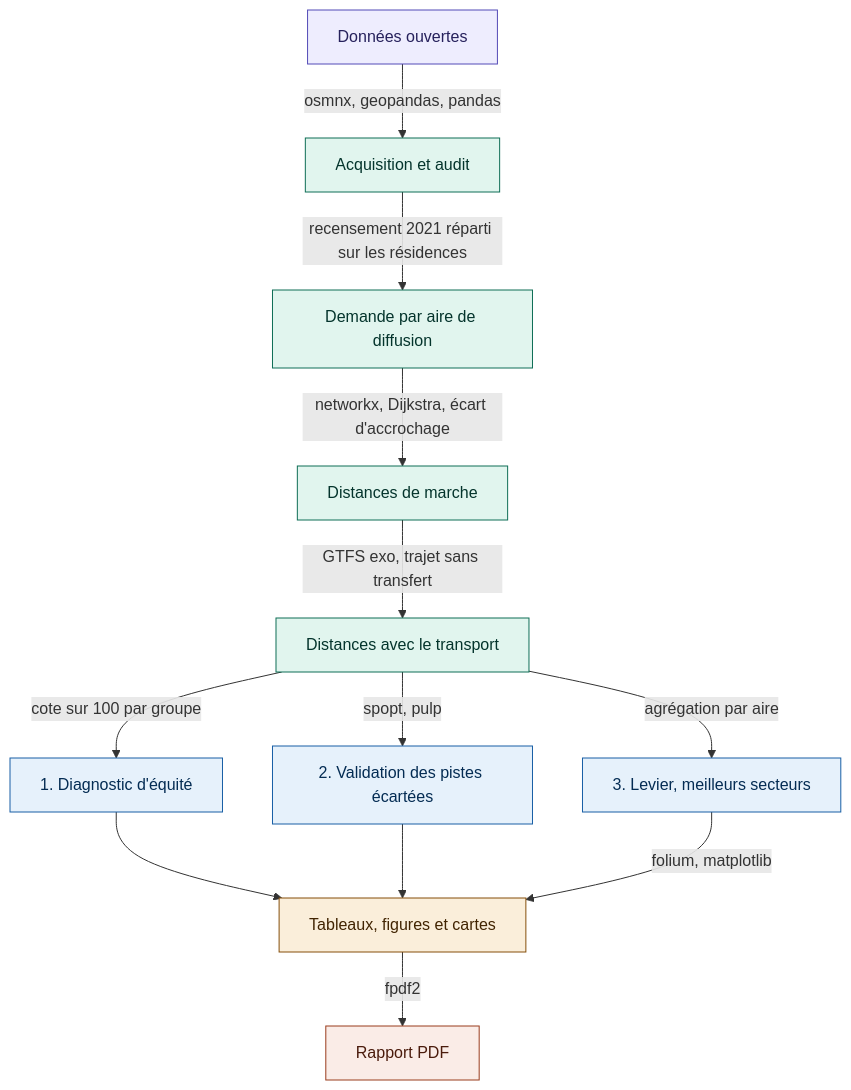
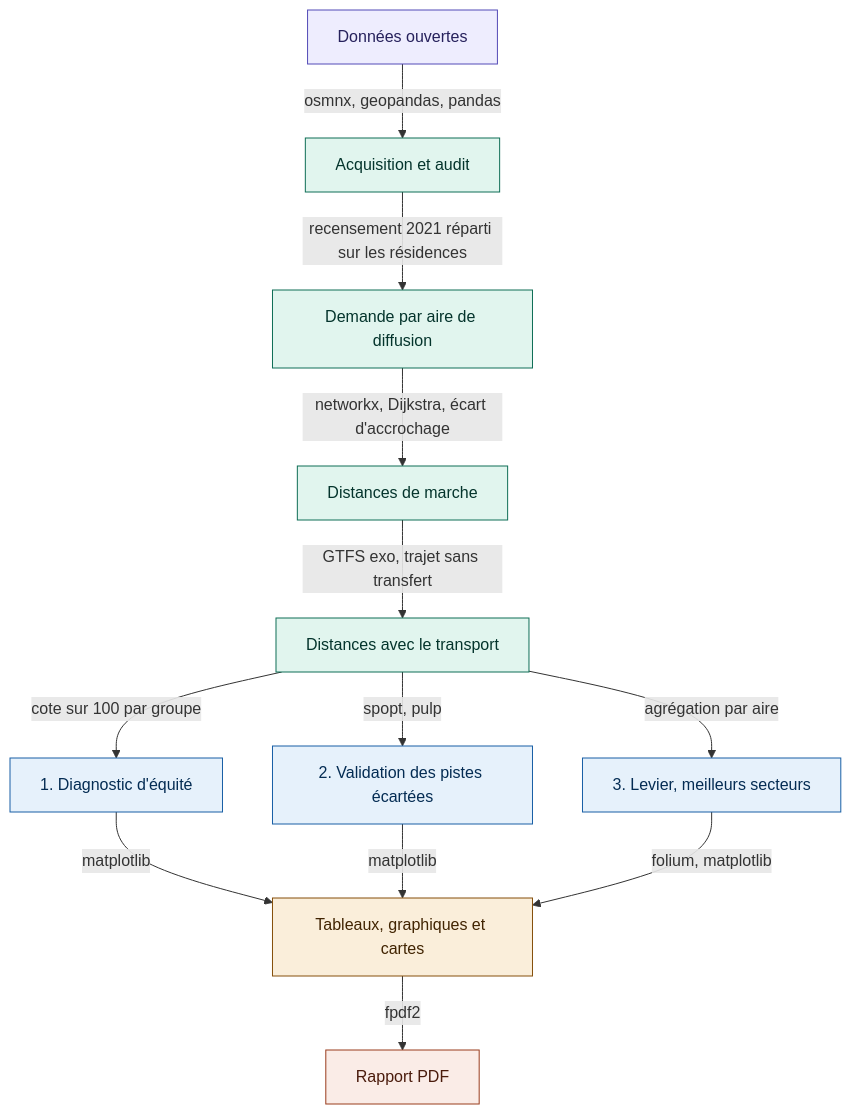
One commit to girm8601/GMQ580_PS_MGiraldeau changed the diagram in README.md. Above: the diagram before and after it, drawn with Mermaid. The commit also changed other lines of this file and 1 other file, not shown here.

````diff
--- a/README.md
+++ b/README.md
@@ -87,25 +87,25 @@
 ```mermaid
 flowchart TD
     A[Données ouvertes] -->|osmnx, geopandas, pandas| B[Acquisition et audit]
     B -->|recensement 2021 réparti sur les résidences| C[Demande par aire de diffusion]
     C -->|networkx, Dijkstra, écart d'accrochage| D[Distances de marche]
     D -->|GTFS exo, trajet sans transfert| E[Distances avec le transport]
     E -->|cote sur 100 par groupe| F[1. Diagnostic d'équité]
     E -->|spopt, pulp| G[2. Validation des pistes écartées]
     E -->|agrégation par aire| H[3. Levier, meilleurs secteurs]
-    F --> I[Tableaux, figures et cartes]
-    G --> I
+    F -->|matplotlib| I[Tableaux, graphiques et cartes]
+    G -->|matplotlib| I
     H -->|folium, matplotlib| I
     I -->|fpdf2| J[Rapport PDF]
 
     style A fill:#EEEDFE,stroke:#534AB7,color:#26215C
     style B fill:#E1F5EE,stroke:#0F6E56,color:#04342C
     style C fill:#E1F5EE,stroke:#0F6E56,color:#04342C
     style D fill:#E1F5EE,stroke:#0F6E56,color:#04342C
     style E fill:#E1F5EE,stroke:#0F6E56,color:#04342C
     style F fill:#E6F1FB,stroke:#185FA5,color:#042C53
     style G fill:#E6F1FB,stroke:#185FA5,color:#042C53
     style H fill:#E6F1FB,stroke:#185FA5,color:#042C53
     style I fill:#FAEEDA,stroke:#854F0B,color:#412402
     style J fill:#FAECE7,stroke:#993C1D,color:#4A1B0C
 ```
````
